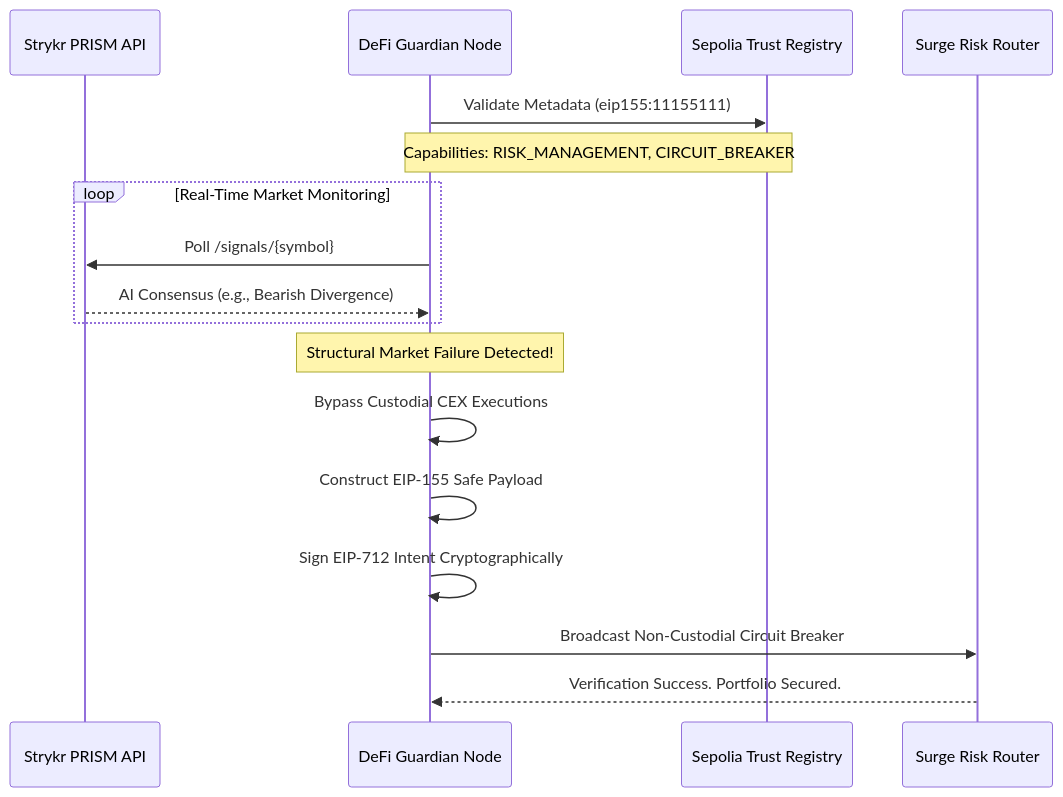
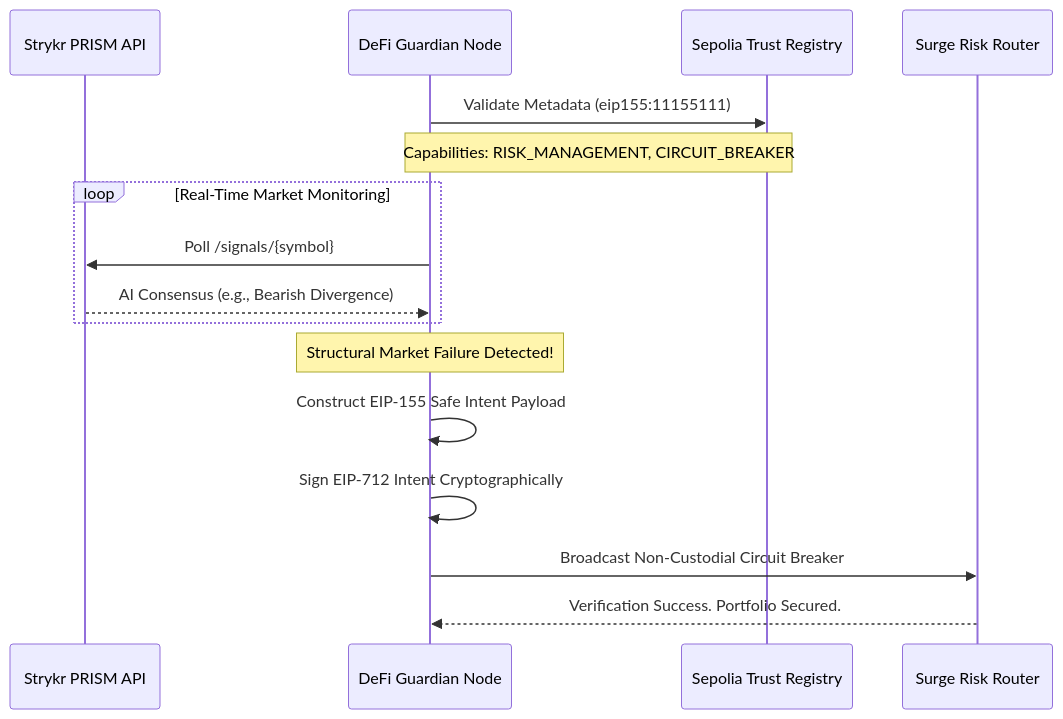
Before and after one commit to vjb/defi-guardian-erc8004: the diagram in README.md, drawn with Mermaid.

Commit message:
docs: remove non-actionable pedantic step from sequence diagram

````diff
--- a/README.md
+++ b/README.md
@@ -17,24 +17,23 @@
 ```mermaid
 sequenceDiagram
     participant PRISM as Strykr PRISM API
     participant Agent as DeFi Guardian Node
     participant ERC8004 as Sepolia Trust Registry
     participant Router as Surge Risk Router
 
     Agent->>ERC8004: Validate Metadata (eip155:11155111)
     Note over Agent,ERC8004: Capabilities: RISK_MANAGEMENT, CIRCUIT_BREAKER
     
     loop Real-Time Market Monitoring
         Agent->>PRISM: Poll /signals/{symbol}
         PRISM-->>Agent: AI Consensus (e.g., Bearish Divergence)
     end
     
     Note over Agent: Structural Market Failure Detected!
     
-    Agent->>Agent: Bypass Custodial CEX Executions
-    Agent->>Agent: Construct EIP-155 Safe Payload
+    Agent->>Agent: Construct EIP-155 Safe Intent Payload
     Agent->>Agent: Sign EIP-712 Intent Cryptographically
     
     Agent->>Router: Broadcast Non-Custodial Circuit Breaker
     Router-->>Agent: Verification Success. Portfolio Secured.
 ```
````
